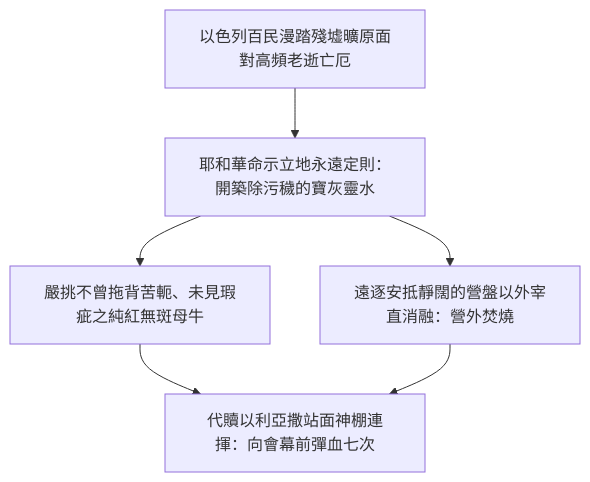
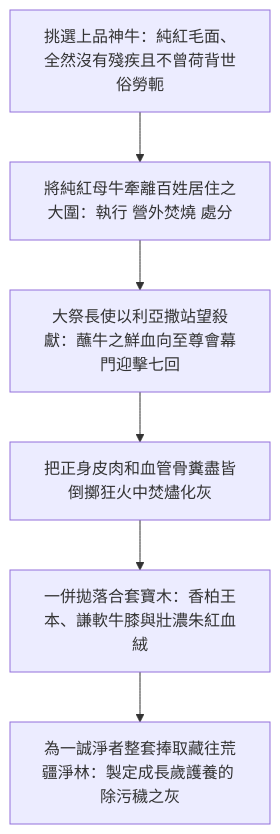
Before and after one commit to andyjr5566/Bible_wiki_zh: the first of 3 diagrams in 04 民數記/第19章.md, drawn with Mermaid. The commit also changed other lines of this file and 25 other files, not shown here.

````diff
--- a/04 民數記/第19章.md
+++ b/04 民數記/第19章.md
@@ -61,7 +59,8 @@
 ```mermaid
 flowchart TD
-    A["以色列百民漫踏殘墟曠原面對高頻老逝亡厄"] --> B["耶和華命示立地永遠定則：開築除污穢的寶灰靈水"]
-    B --> C["嚴挑不曾拖背苦軛、未見瑕疵之純紅無斑母牛"]
-    B --> D["遠逐安抵靜闊的營盤以外宰直消融：營外焚燒"]
-    C & D --> E["代贖以利亞撒站面神棚連揮：向會幕前彈血七次"]
+    A["挑選上品神牛：純紅毛面、全然沒有殘疾且不曾荷背世俗勞軛"] --> B["將純紅母牛牽離百姓居住之大圍：執行 營外焚燒 處分"]
+    B --> C["大祭長使以利亞撒站望殺獻：蘸牛之鮮血向至尊會幕門迎擊七回"]
+    C --> D["把正身皮肉和血管骨糞盡皆倒擲狂火中焚燼化灰"]
+    D --> E["一併拋落合套寶木：香柏王本、謙軟牛膝與壯濃朱紅血絨"]
+    E --> F["為一誠淨者整套捧取藏往荒疆淨林：製定成長歲護養的 除污穢之灰"]
 ```
````
